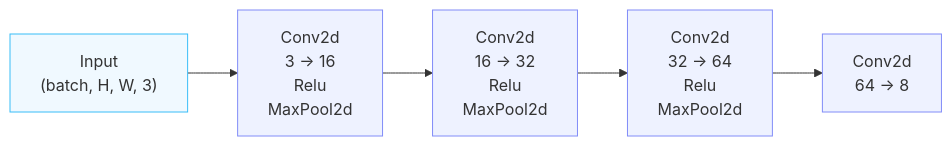
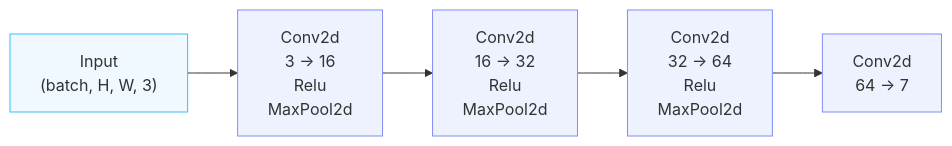
Before and after one commit to ffavre13/MinecraftArcherSentinel: the diagram in assets/CNN.mmd, drawn with Mermaid. The commit also changed 2 other files, not shown here.

```diff
--- a/assets/CNN.mmd
+++ b/assets/CNN.mmd
@@ -1,15 +1,15 @@
 flowchart LR
     A["Input<br>(batch, H, W, 3)"]
     A --> B["Conv2d<br>3 -> 16<br>Relu<br>MaxPool2d"]
     B --> C["Conv2d<br>16 -> 32<br>Relu<br>MaxPool2d"]
     C --> D["Conv2d<br>32 -> 64<br>Relu<br>MaxPool2d"]
-    D --> E["Conv2d<br>64 -> 8"]
+    D --> E["Conv2d<br>64 -> 7"]
 
      A:::input
      B:::conv
      C:::conv
      D:::conv
      E:::conv
 
     classDef input fill:#f0f9ff,stroke:#38bdf8
     classDef conv fill:#eef2ff,stroke:#818cf8
```
